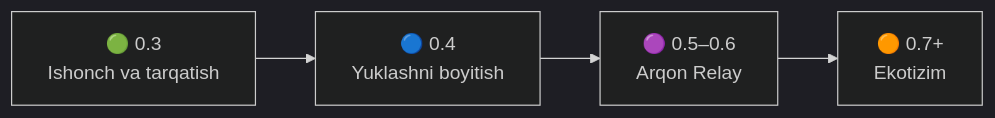
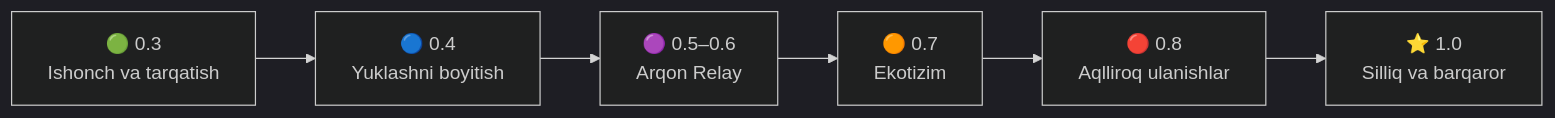
The diagram in ROADMAP.uz.md (shaxboz1011/Arqon), drawn with Mermaid (dark theme) before and after one commit. The commit also changed other lines of this file and 7 other files, not shown here.

First line of the commit message:
docs: richer roadmap with status up to 1.0, readme status rows and changelog for 0.3.0; give the speed test check room on a busy runner

````diff
--- a/ROADMAP.uz.md
+++ b/ROADMAP.uz.md
@@ -7,6 +9,8 @@
 ```mermaid
 flowchart LR
     A["🟢 0.3<br>Ishonch va tarqatish"] --> B["🔵 0.4<br>Yuklashni boyitish"]
     B --> C["🟣 0.5–0.6<br>Arqon Relay"]
-    C --> D["🟠 0.7+<br>Ekotizim"]
+    C --> D["🟠 0.7<br>Ekotizim"]
+    D --> E["🔴 0.8<br>Aqlliroq ulanishlar"]
+    E --> F["⭐ 1.0<br>Silliq va barqaror"]
 ```
````
